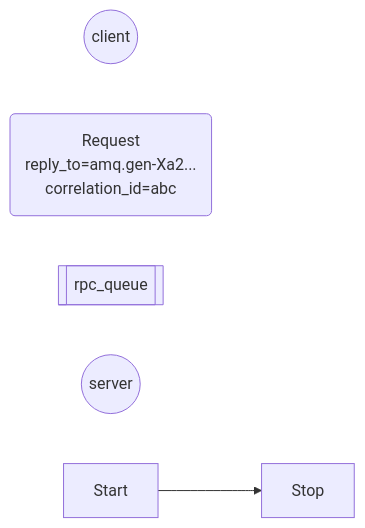
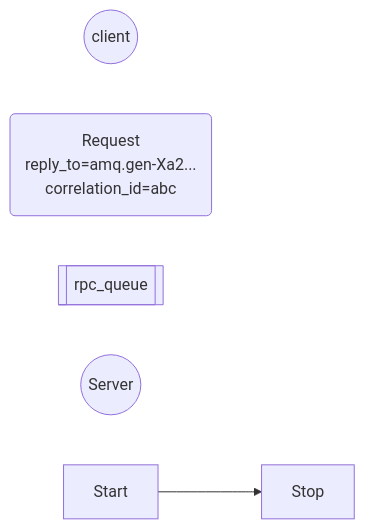
Before and after one commit to googlelxhgithub/iodraw-files: the diagram in all/未命名-7.md, drawn with Mermaid.

Commit message:
2024-08-30 19:05:44 update

````diff
--- a/all/未命名-7.md
+++ b/all/未命名-7.md
@@ -1,9 +1,9 @@
 ```mermaid
 flowchart LR
     C((client))
     R(Request\nreply_to=amq.gen-Xa2...\ncorrelation_id=abc)
     Q1[[rpc_queue]]
-    S((server))
+    S((Server))
     Start --> Stop
   
 ```
````
